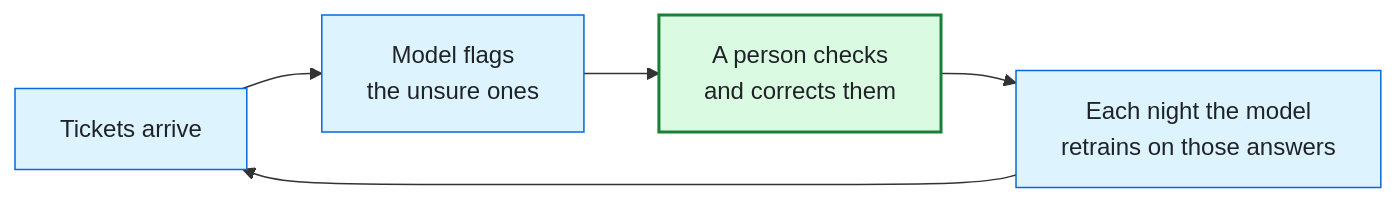
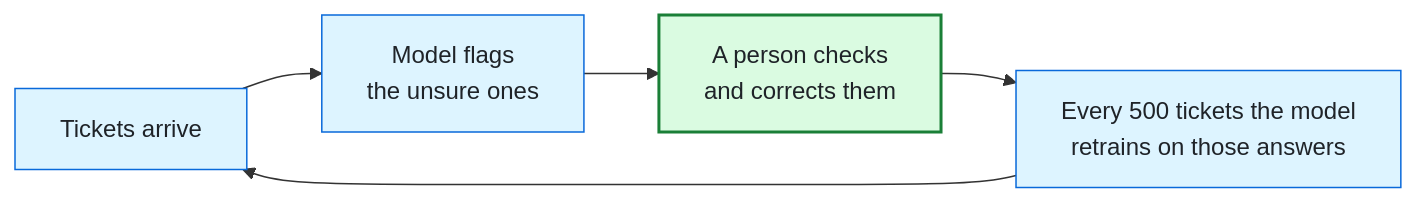
The second of 2 diagrams in docs/guide/the-version-that-did-not-ship.md (GoudyMT/ai-support-desk-triage), drawn with Mermaid before and after one commit. The commit also changed other lines of this file and 3 other files, not shown here.

````diff
--- a/docs/guide/the-version-that-did-not-ship.md
+++ b/docs/guide/the-version-that-did-not-ship.md
@@ -73,11 +82,11 @@
 ```mermaid
 flowchart LR
     T["Tickets arrive"] --> F["Model flags<br/>the unsure ones"]
     F --> P["A person checks<br/>and corrects them"]
-    P --> N["Each night the model<br/>retrains on those answers"]
+    P --> N["Every 500 tickets the model<br/>retrains on those answers"]
     N --> T
     classDef q fill:#ddf4ff,stroke:#0969da,color:#1f2328
     classDef pick fill:#dafbe1,stroke:#1a7f37,stroke-width:2px,color:#1f2328
     class T,F,N q
     class P pick
 ```
````
